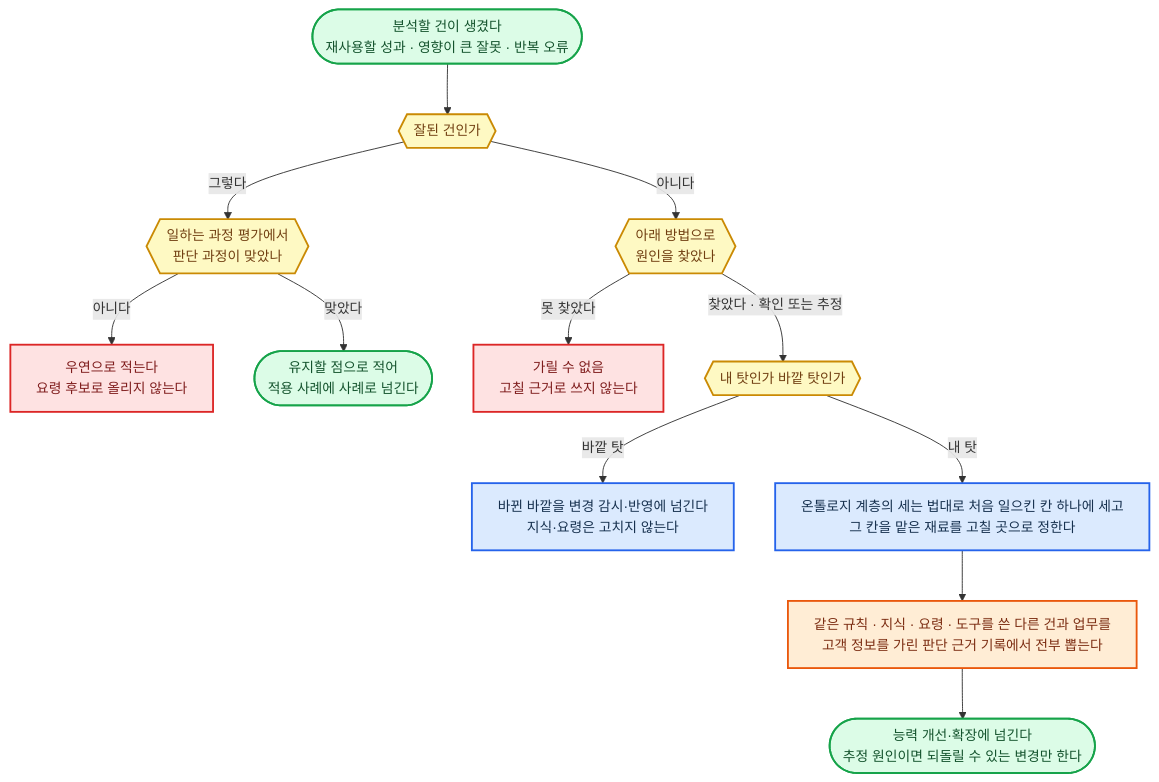
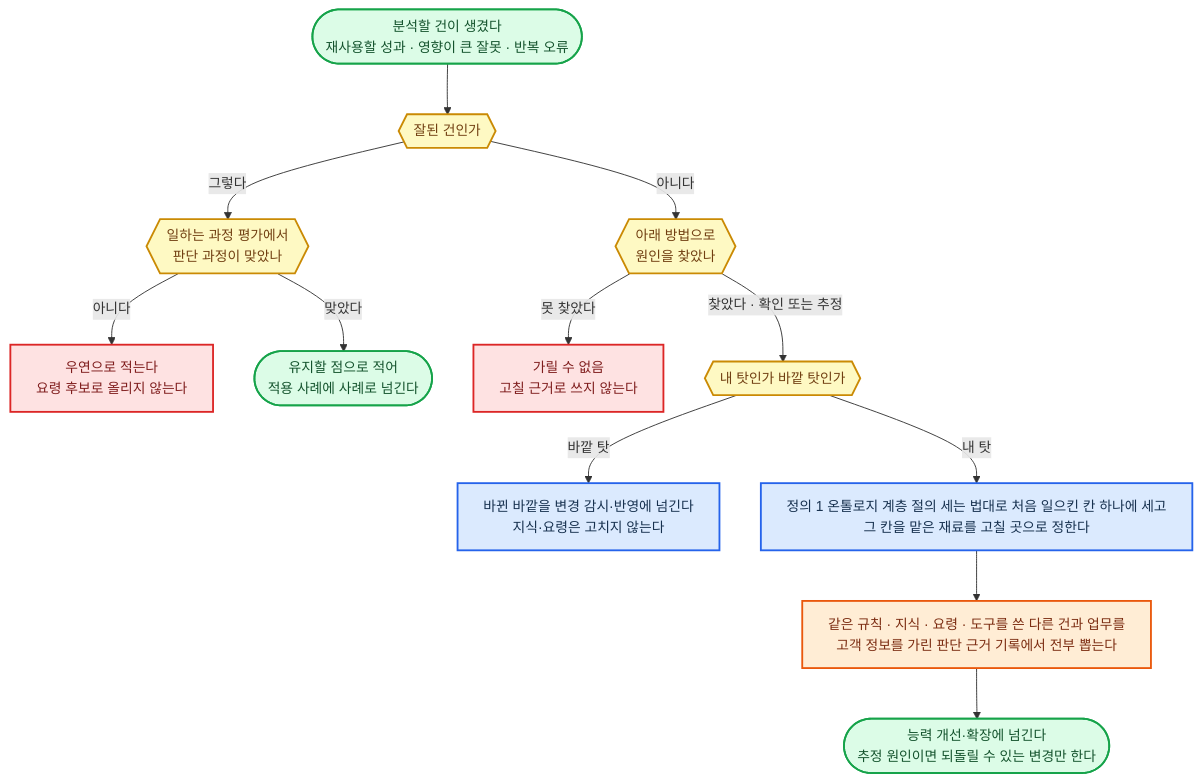
Before and after one commit to harisbaguette/expert: diagram 25 of 26 in 전문가 에이전트 정의 2.md, drawn with Mermaid. The commit also changed other lines of this file and 1 other file, not shown here.

````diff
--- a/전문가 에이전트 정의 2.md
+++ b/전문가 에이전트 정의 2.md
@@ -2634,20 +2777,20 @@
 ```mermaid
 %%{init: {"flowchart": {"wrappingWidth": 640, "curve": "basis", "nodeSpacing": 45, "rankSpacing": 55, "padding": 14, "useMaxWidth": true}, "themeVariables": {"fontSize": "15px"}} }%%
 flowchart TB
     classDef main fill:#dbeafe,stroke:#2563eb,stroke-width:2px,color:#17314f
     classDef stop fill:#fee2e2,stroke:#dc2626,stroke-width:2px,color:#7f1d1d
     classDef back fill:#ffedd5,stroke:#ea580c,stroke-width:2px,color:#7c2d12
     classDef good fill:#dcfce7,stroke:#16a34a,stroke-width:2px,color:#14532d
     classDef note fill:#fef9c3,stroke:#ca8a04,stroke-width:2px,color:#713f12
     S(["분석할 건이 생겼다<br/>재사용할 성과 · 영향이 큰 잘못 · 반복 오류"]):::good --> GOOD{{"잘된 건인가"}}:::note
     GOOD -- "그렇다" --> PROC{{"일하는 과정 평가에서<br/>판단 과정이 맞았나"}}:::note
     PROC -- "아니다" --> LUCK["우연으로 적는다<br/>요령 후보로 올리지 않는다"]:::stop
     PROC -- "맞았다" --> KEEP(["유지할 점으로 적어<br/>적용 사례에 사례로 넘긴다"]):::good
     GOOD -- "아니다" --> EV{{"아래 방법으로<br/>원인을 찾았나"}}:::note
     EV -- "못 찾았다" --> NA["가릴 수 없음<br/>고칠 근거로 쓰지 않는다"]:::stop
     EV -- "찾았다 · 확인 또는 추정" --> WHO{{"내 탓인가 바깥 탓인가"}}:::note
     WHO -- "바깥 탓" --> OUT["바뀐 바깥을 변경 감시·반영에 넘긴다<br/>지식·요령은 고치지 않는다"]:::main
-    WHO -- "내 탓" --> CELL["온톨로지 계층의 세는 법대로 처음 일으킨 칸 하나에 세고<br/>그 칸을 맡은 재료를 고칠 곳으로 정한다"]:::main
+    WHO -- "내 탓" --> CELL["정의 1 온톨로지 계층 절의 세는 법대로 처음 일으킨 칸 하나에 세고<br/>그 칸을 맡은 재료를 고칠 곳으로 정한다"]:::main
     CELL --> ROOT["같은 규칙 · 지식 · 요령 · 도구를 쓴 다른 건과 업무를<br/>고객 정보를 가린 판단 근거 기록에서 전부 뽑는다"]:::back
     ROOT --> HAND(["능력 개선·확장에 넘긴다<br/>추정 원인이면 되돌릴 수 있는 변경만 한다"]):::good
 ```
````
